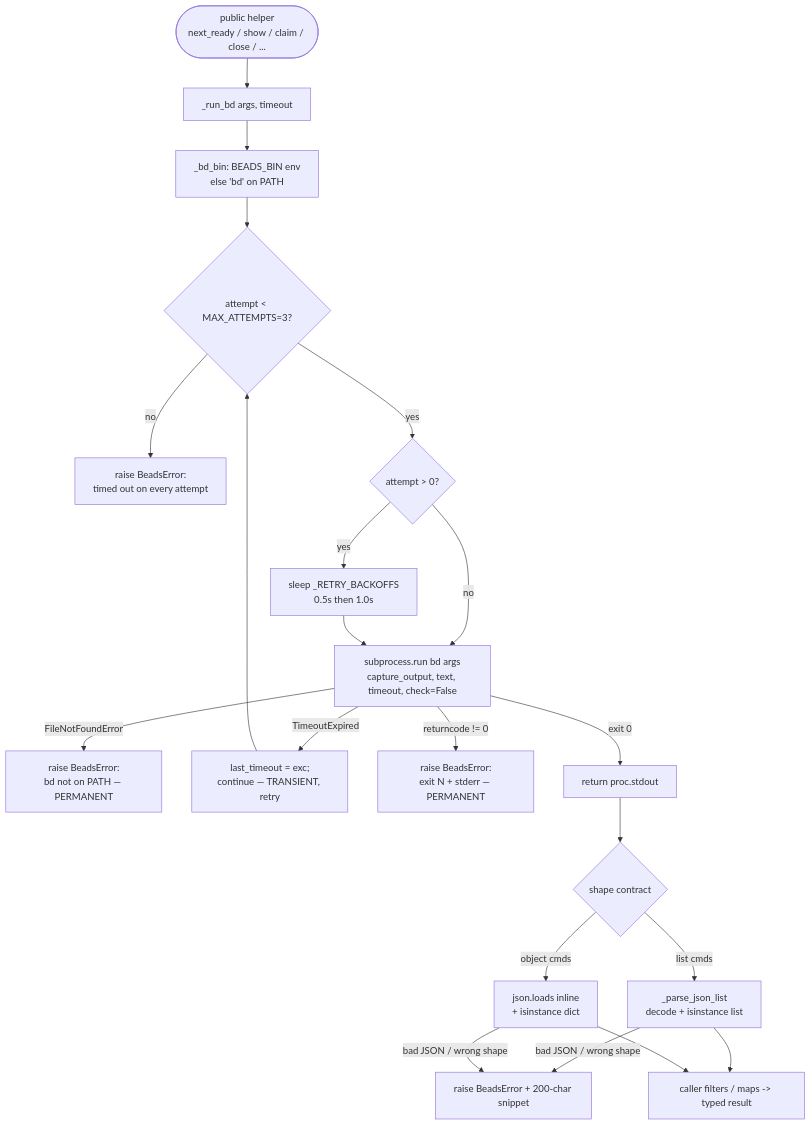
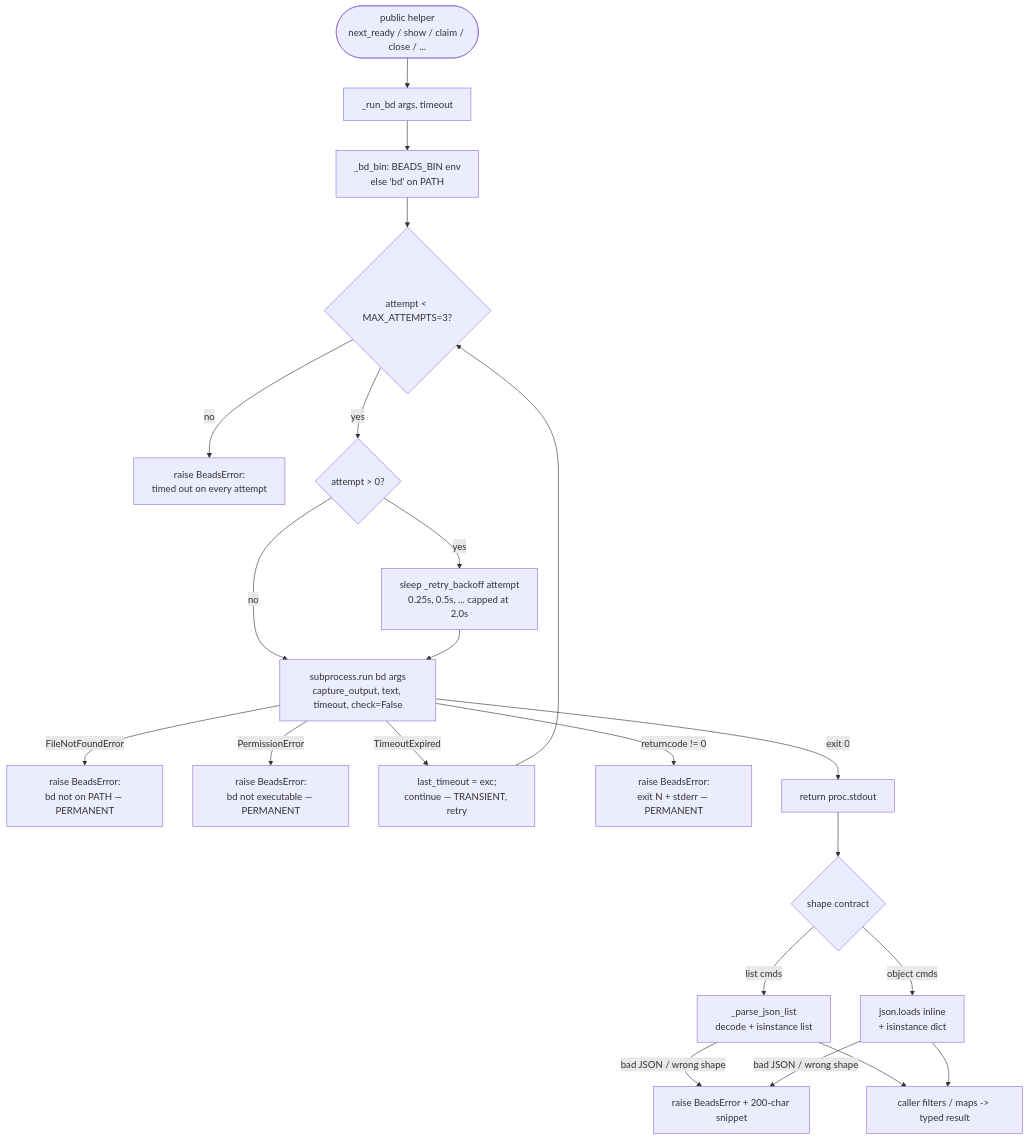
Before and after one commit to weegens-aaron/bead-chain: the diagram in __docs/Concepts/BdSubprocessTransport.md, drawn with Mermaid. The commit also changed other lines of this file and 9 other files, not shown here.

First line of the commit message:
Optimize bd retry backoff: 91.5s -> 45.75s worst case + fail-fast (bead_chain-7b6)

````diff
--- a/__docs/Concepts/BdSubprocessTransport.md
+++ b/__docs/Concepts/BdSubprocessTransport.md
@@ -69,23 +75,24 @@
 ```mermaid
 flowchart TD
     Caller([public helper<br/>next_ready / show / claim / close / ...]) --> Run[_run_bd args, timeout]
     Run --> Bin[_bd_bin: BEADS_BIN env<br/>else 'bd' on PATH]
     Bin --> Attempt{attempt < MAX_ATTEMPTS=3?}
     Attempt -->|no| AllTO[raise BeadsError:<br/>timed out on every attempt]
     Attempt -->|yes| Backoff{attempt > 0?}
-    Backoff -->|yes| Sleep[sleep _RETRY_BACKOFFS<br/>0.5s then 1.0s]
+    Backoff -->|yes| Sleep[sleep _retry_backoff attempt<br/>0.25s, 0.5s, ... capped at 2.0s]
     Backoff -->|no| Spawn
     Sleep --> Spawn[subprocess.run bd args<br/>capture_output, text, timeout, check=False]
     Spawn -->|FileNotFoundError| NotFound[raise BeadsError:<br/>bd not on PATH — PERMANENT]
+    Spawn -->|PermissionError| NoExec[raise BeadsError:<br/>bd not executable — PERMANENT]
     Spawn -->|TimeoutExpired| StashTO[last_timeout = exc;<br/>continue — TRANSIENT, retry]
     Spawn -->|returncode != 0| NonZero[raise BeadsError:<br/>exit N + stderr — PERMANENT]
     Spawn -->|exit 0| Stdout[return proc.stdout]
     StashTO --> Attempt
     Stdout --> Parse{shape contract}
     Parse -->|list cmds| ParseList[_parse_json_list<br/>decode + isinstance list]
     Parse -->|object cmds| ParseObj[json.loads inline<br/>+ isinstance dict]
     ParseList -->|bad JSON / wrong shape| ParseErr[raise BeadsError + 200-char snippet]
     ParseObj -->|bad JSON / wrong shape| ParseErr
     ParseList --> Filtered[caller filters / maps -> typed result]
     ParseObj --> Filtered
 ```
````
